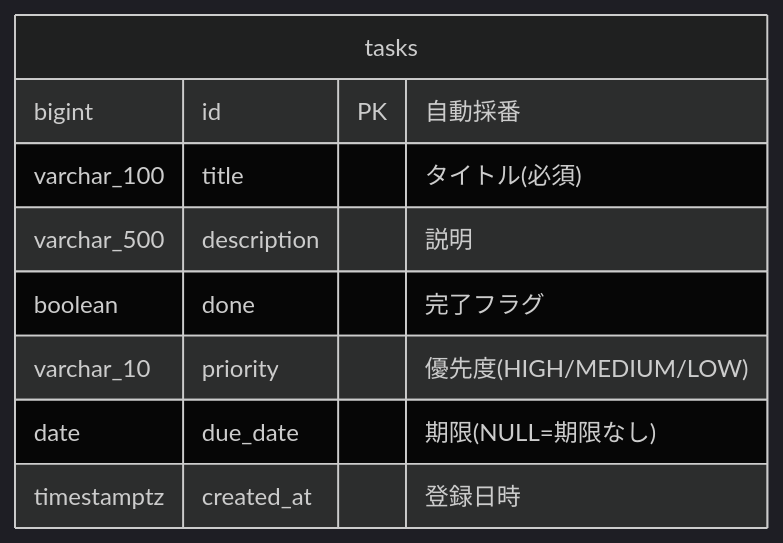
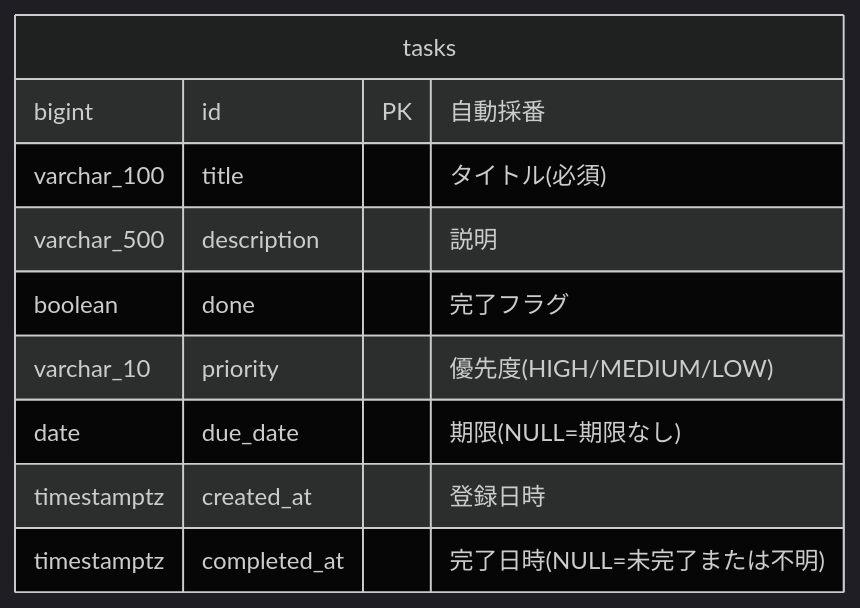
One commit to jt-yamaguchi/my-training-task changed the diagram in docs/design/task/03_基本設計.md. Above: the diagram before and after it, drawn with Mermaid (dark theme). The commit also changed other lines of this file and 12 other files, not shown here.

````diff
--- a/docs/design/task/03_基本設計.md
+++ b/docs/design/task/03_基本設計.md
@@ -57,12 +57,13 @@
 ```mermaid
 erDiagram
     tasks {
         bigint id PK "自動採番"
         varchar_100 title "タイトル(必須)"
         varchar_500 description "説明"
         boolean done "完了フラグ"
         varchar_10 priority "優先度(HIGH/MEDIUM/LOW)"
         date due_date "期限(NULL=期限なし)"
         timestamptz created_at "登録日時"
+        timestamptz completed_at "完了日時(NULL=未完了または不明)"
     }
 ```
````
